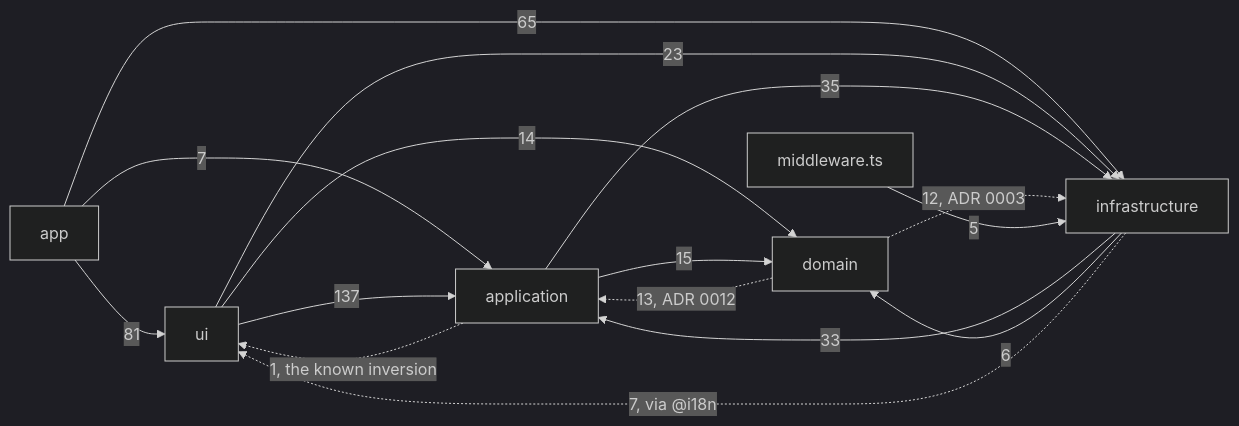
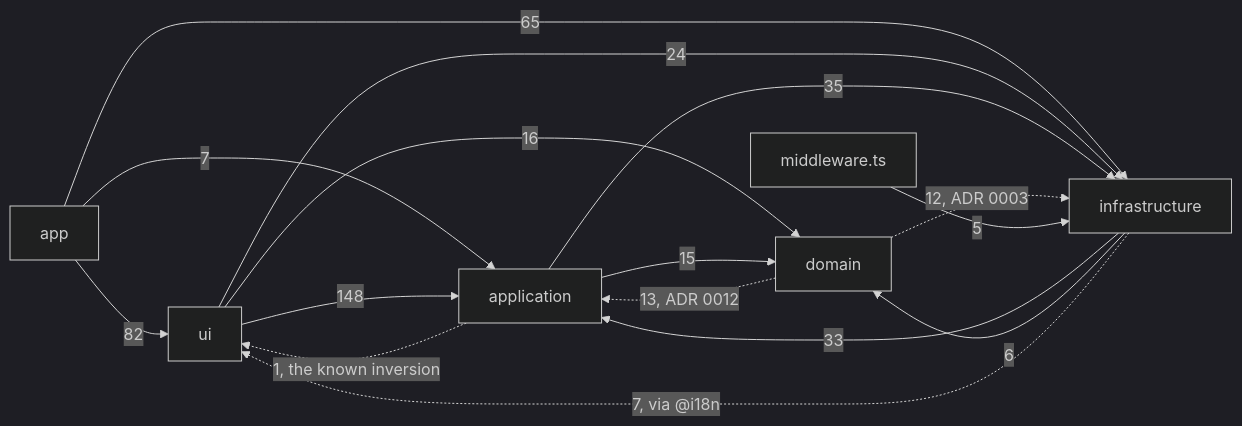
One commit to fbuireu/forever-pto changed the diagram in apps/docs/src/content/docs/architecture/overview.mdx. Above: the diagram before and after it, drawn with Mermaid (dark theme). The commit also changed other lines of this file and 43 other files, not shown here.

````diff
--- a/apps/docs/src/content/docs/architecture/overview.mdx
+++ b/apps/docs/src/content/docs/architecture/overview.mdx
@@ -47,24 +47,24 @@
 ```mermaid
 flowchart LR
   APP[app]
   UI[ui]
   APPL[application]
   DOM[domain]
   INFRA[infrastructure]
   MW[middleware.ts]
-  APP -->|81| UI
+  APP -->|82| UI
   APP -->|7| APPL
   APP -->|65| INFRA
-  UI -->|137| APPL
-  UI -->|14| DOM
-  UI -->|23| INFRA
+  UI -->|148| APPL
+  UI -->|16| DOM
+  UI -->|24| INFRA
   APPL -->|15| DOM
   APPL -->|35| INFRA
   APPL -.->|1, the known inversion| UI
   DOM -.->|13, ADR 0012| APPL
   DOM -.->|12, ADR 0003| INFRA
   INFRA -->|33| APPL
   INFRA -->|6| DOM
   INFRA -.->|7, via @i18n| UI
   MW -->|5| INFRA
 ```
````
